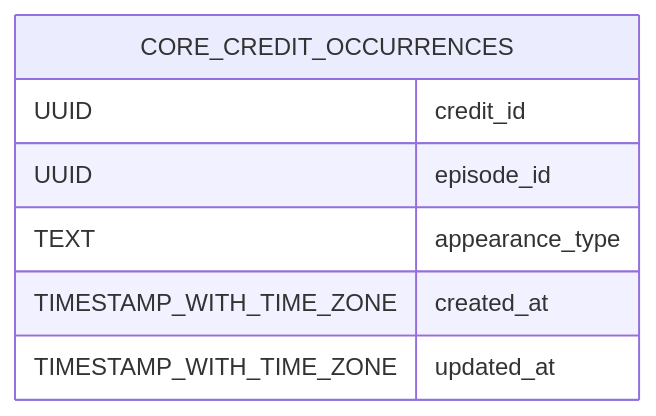
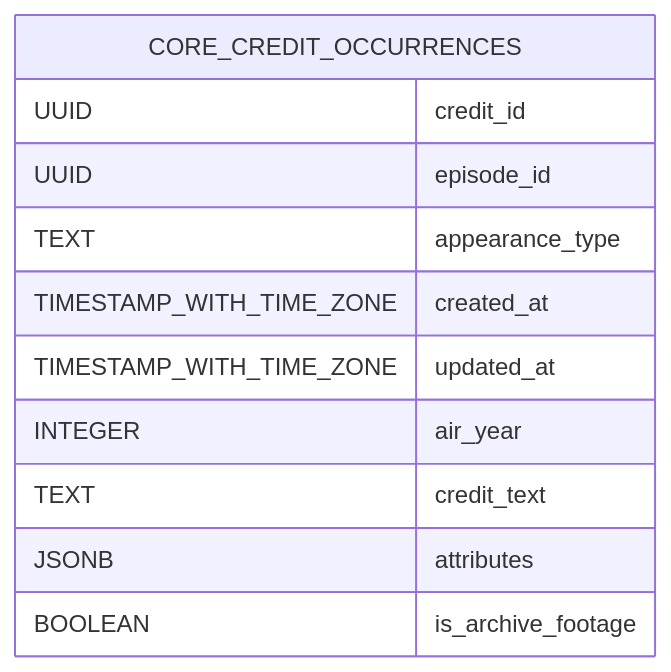
The diagram in supabase/schema_docs/diagrams/core.credit_occurrences.mermaid.md (therealityreport/trr-backend), drawn with Mermaid before and after one commit. The commit also changed 30 other files, not shown here.

Commit message:
docs(schema): refresh generated schema docs

````diff
--- a/supabase/schema_docs/diagrams/core.credit_occurrences.mermaid.md
+++ b/supabase/schema_docs/diagrams/core.credit_occurrences.mermaid.md
@@ -4,10 +4,14 @@
 ```mermaid
 erDiagram
     CORE_CREDIT_OCCURRENCES {
         UUID credit_id
         UUID episode_id
         TEXT appearance_type
         TIMESTAMP_WITH_TIME_ZONE created_at
         TIMESTAMP_WITH_TIME_ZONE updated_at
+        INTEGER air_year
+        TEXT credit_text
+        JSONB attributes
+        BOOLEAN is_archive_footage
     }
 ```
````
